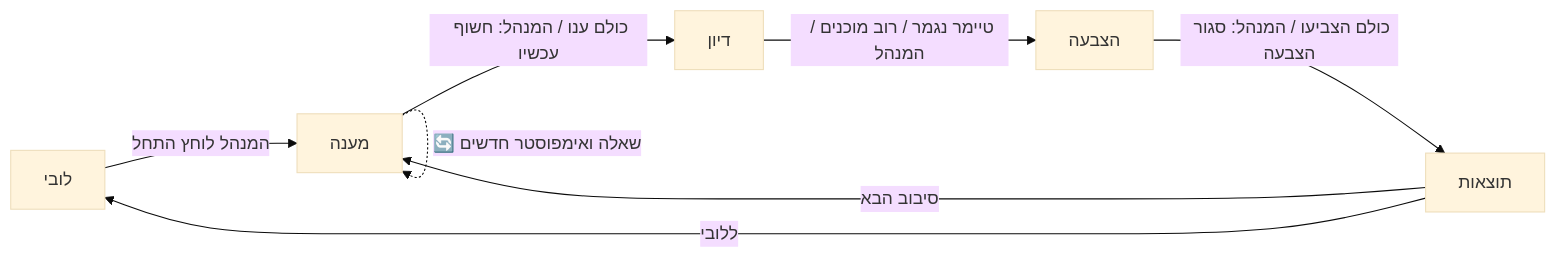
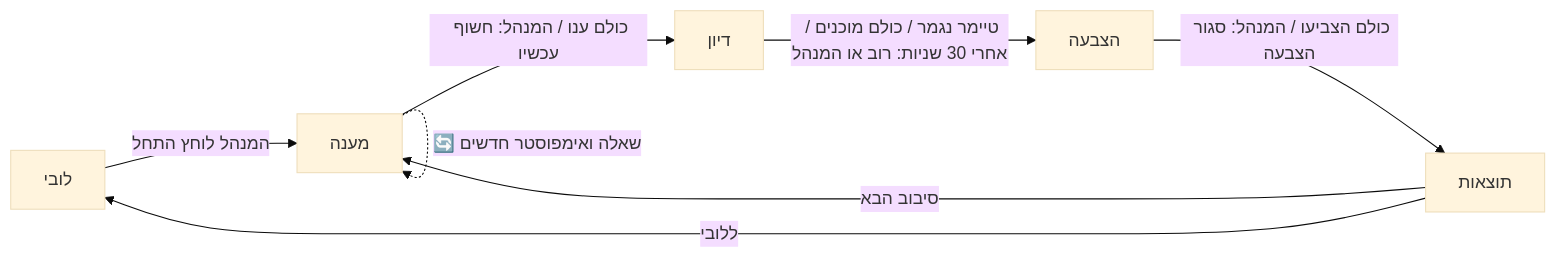
The first of 2 diagrams in README.md (arielhone/impostor-party), drawn with Mermaid (base theme) before and after one commit. The commit also changed other lines of this file and 3 other files, not shown here.

````diff
--- a/README.md
+++ b/README.md
@@ -30,10 +30,10 @@
 ```mermaid
 flowchart LR
     L[לובי] -->|המנהל לוחץ התחל| A[מענה]
     A -->|כולם ענו / המנהל: חשוף עכשיו| D[דיון]
     A -.->|🔄 שאלה ואימפוסטר חדשים| A
-    D -->|טיימר נגמר / רוב מוכנים / המנהל| V[הצבעה]
+    D -->|טיימר נגמר / כולם מוכנים / אחרי 30 שניות: רוב או המנהל| V[הצבעה]
     V -->|כולם הצביעו / המנהל: סגור הצבעה| R[תוצאות]
     R -->|סיבוב הבא| A
     R -->|ללובי| L
 ```
````
